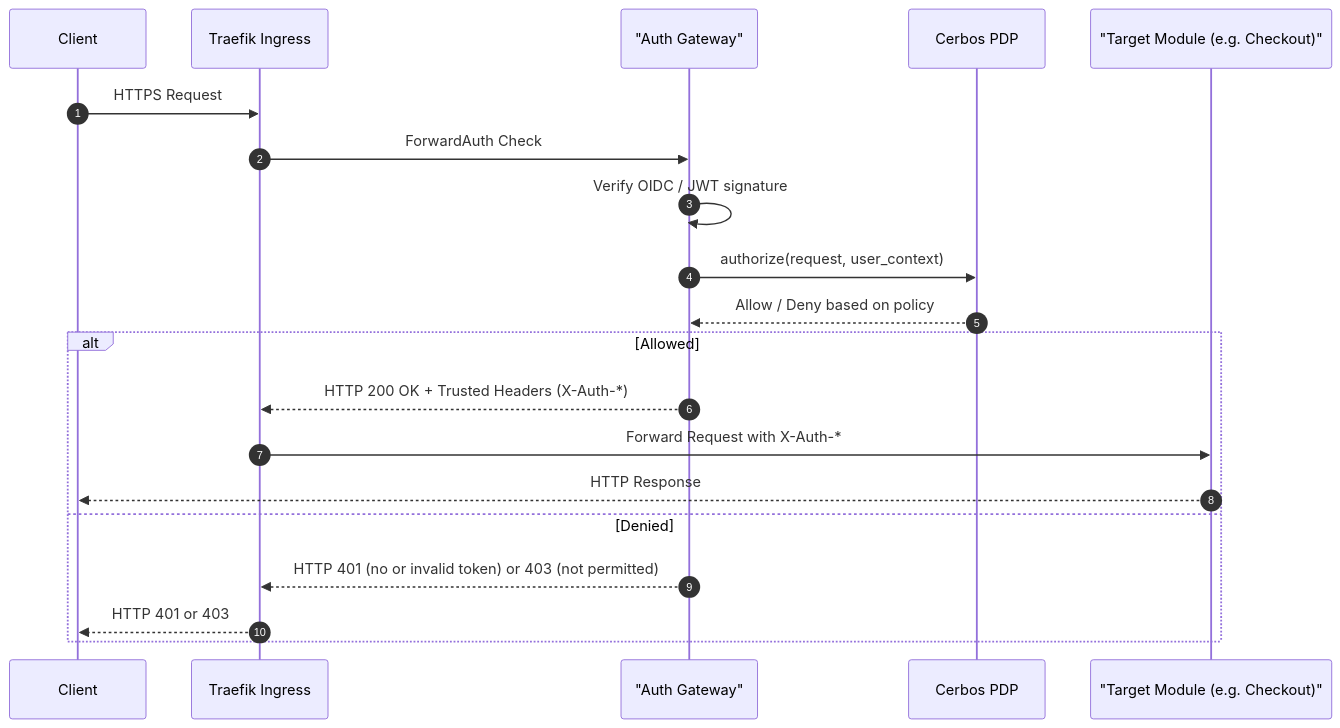
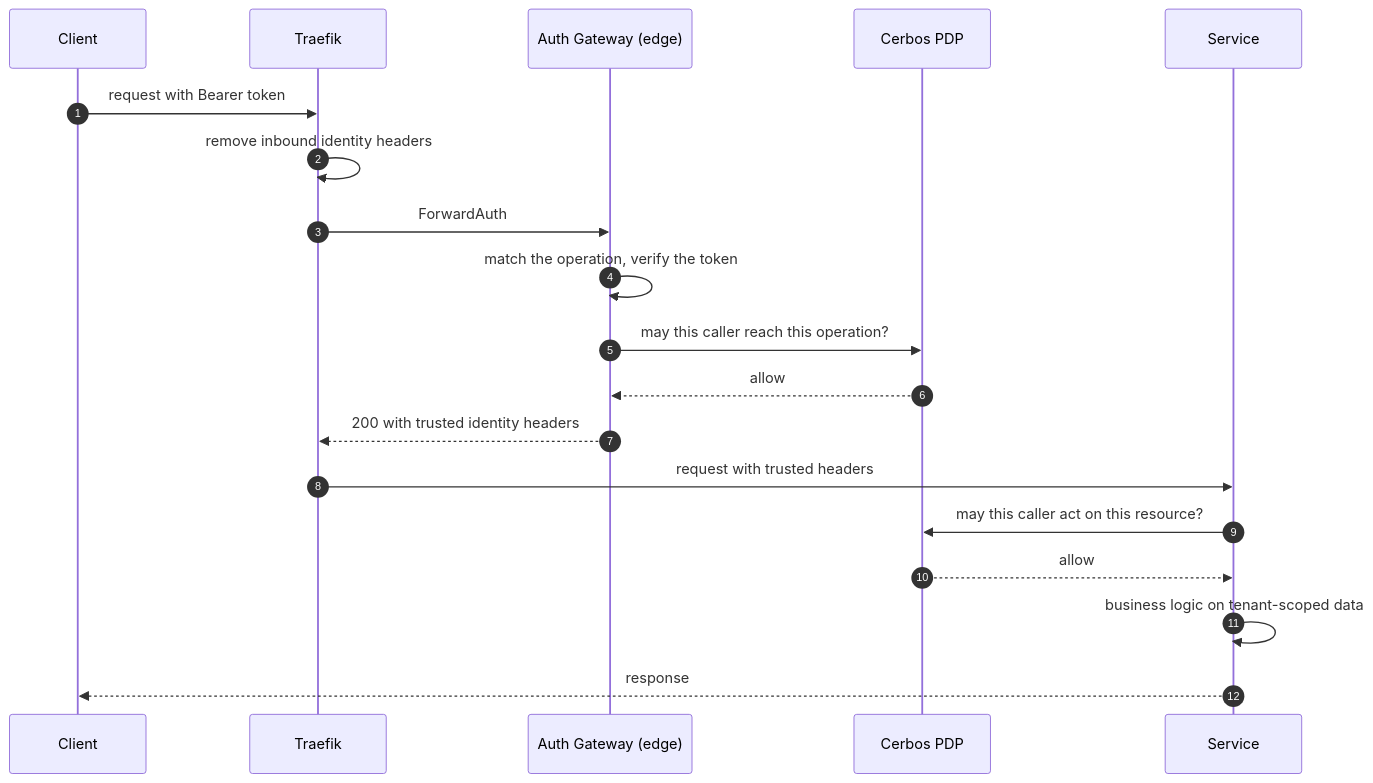
The first of 5 diagrams in introduction/architecture.md (Labs64/labs64.io-docs), drawn with Mermaid before and after one commit. The commit also changed other lines of this file and 50 other files, not shown here.

Commit message:
Make the public docs the primary architecture and module reference

````diff
--- a/introduction/architecture.md
+++ b/introduction/architecture.md
@@ -15,24 +27,22 @@
 ```mermaid
 sequenceDiagram
     autonumber
     participant C as Client
-    participant T as Traefik Ingress
-    participant AP as "Auth Gateway"
+    participant T as Traefik
+    participant AG as Auth Gateway (edge)
     participant PDP as Cerbos PDP
-    participant M as "Target Module (e.g. Checkout)"
+    participant M as Service
 
-    C->>T: HTTPS Request
-    T->>AP: ForwardAuth Check
-    AP->>AP: Verify OIDC / JWT signature
-    AP->>PDP: authorize(request, user_context)
-    PDP-->>AP: Allow / Deny based on policy
-    
-    alt Allowed
-        AP-->>T: HTTP 200 OK + Trusted Headers (X-Auth-*)
-        T->>M: Forward Request with X-Auth-*
-        M-->>C: HTTP Response
-    else Denied
-        AP-->>T: HTTP 401 (no or invalid token) or 403 (not permitted)
-        T-->>C: HTTP 401 or 403
-    end
+    C->>T: request with Bearer token
+    T->>T: remove inbound identity headers
+    T->>AG: ForwardAuth
+    AG->>AG: match the operation, verify the token
+    AG->>PDP: may this caller reach this operation?
+    PDP-->>AG: allow
+    AG-->>T: 200 with trusted identity headers
+    T->>M: request with trusted headers
+    M->>PDP: may this caller act on this resource?
+    PDP-->>M: allow
+    M->>M: business logic on tenant-scoped data
+    M-->>C: response
 ```
````
